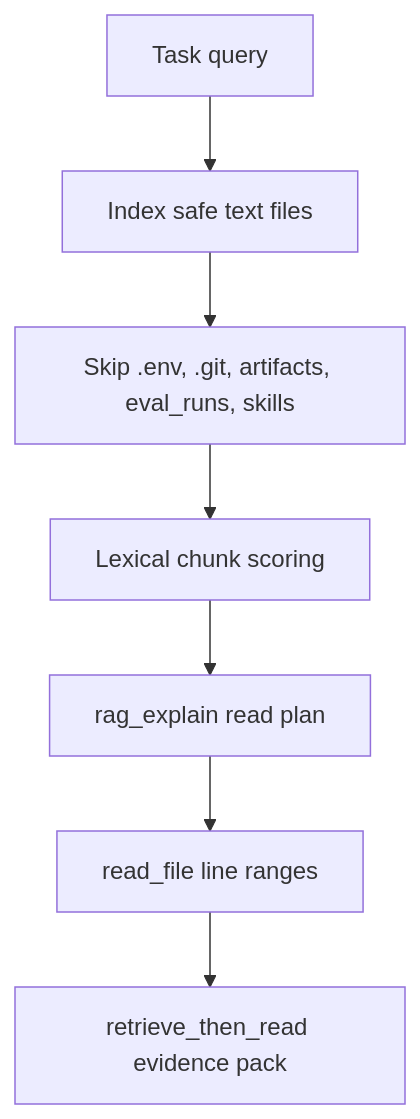
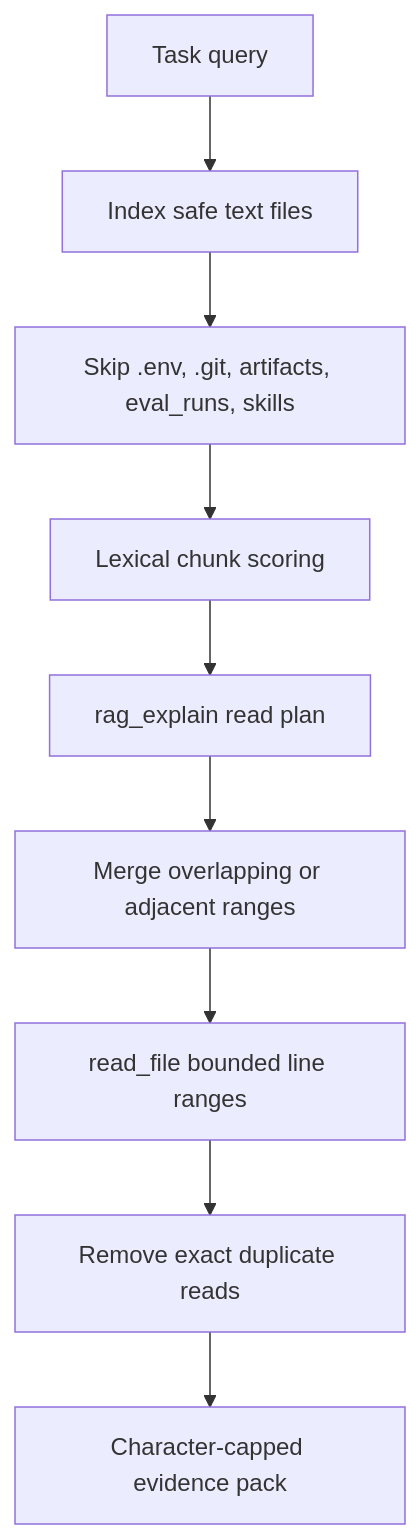
One commit to Userss1234/mini-coding-agent-harness changed the third of 5 diagrams in docs/ARCHITECTURE.md. Above: the diagram before and after it, drawn with Mermaid. The commit also changed other lines of this file and 17 other files, not shown here.

````diff
--- a/docs/ARCHITECTURE.md
+++ b/docs/ARCHITECTURE.md
@@ -85,9 +85,11 @@
 ```mermaid
 flowchart TD
     Query["Task query"] --> Index["Index safe text files"]
     Index --> Filter["Skip .env, .git, artifacts, eval_runs, skills"]
     Filter --> Score["Lexical chunk scoring"]
     Score --> Plan["rag_explain read plan"]
-    Plan --> Read["read_file line ranges"]
-    Read --> Pack["retrieve_then_read evidence pack"]
+    Plan --> Merge["Merge overlapping or adjacent ranges"]
+    Merge --> Read["read_file bounded line ranges"]
+    Read --> Deduplicate["Remove exact duplicate reads"]
+    Deduplicate --> Pack["Character-capped evidence pack"]
 ```
````
